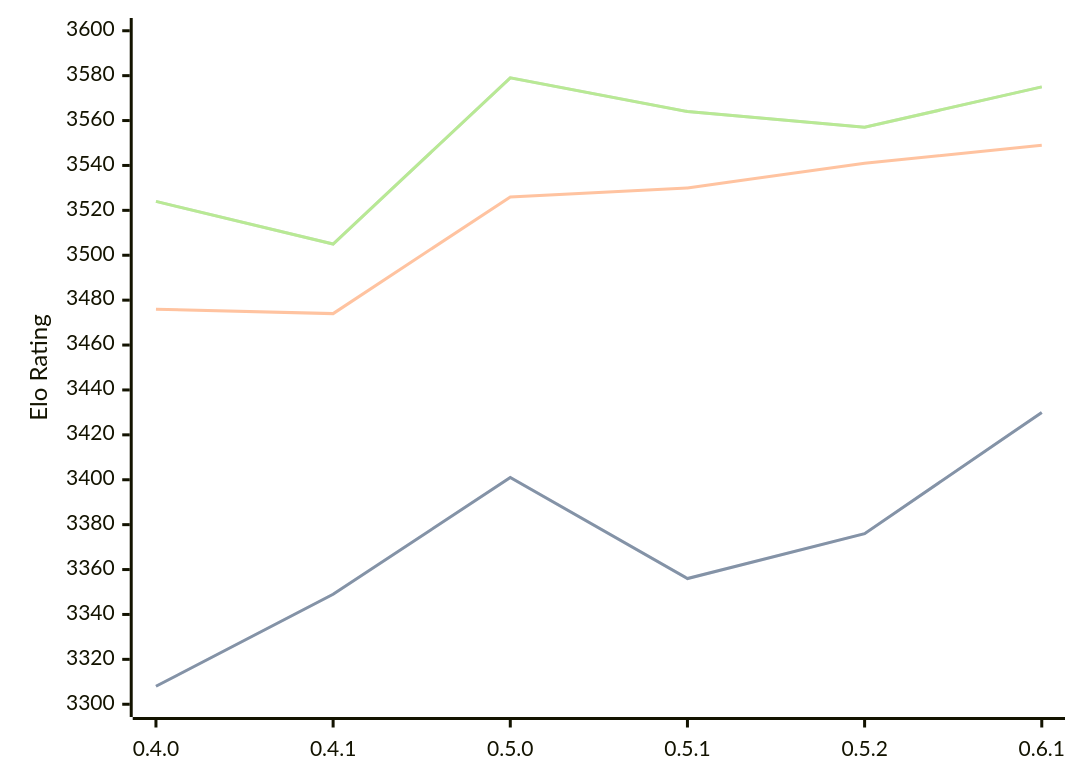
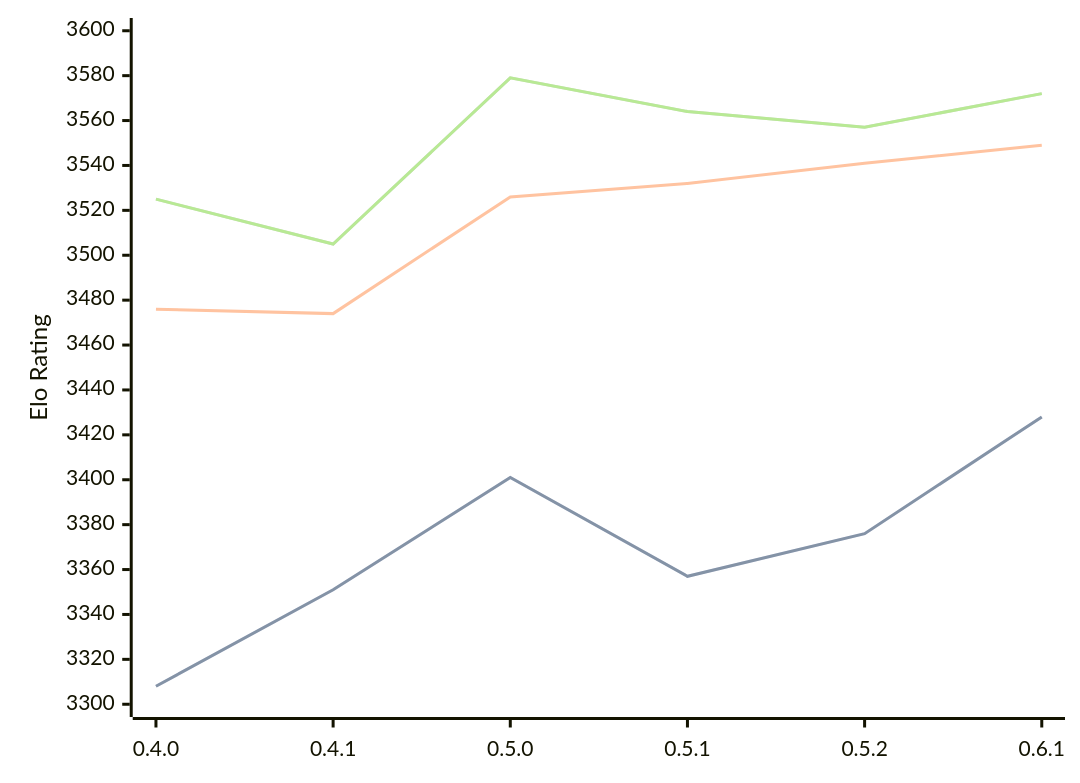
One commit to computer-chess-index/cci changed the diagram in engines/Cinder.md. Above: the diagram before and after it, drawn with Mermaid. The commit also changed other lines of this file, not shown here.

Commit message:
Update CCI Ratings (ELO VLTC) - 2026-08-23

````diff
--- a/engines/Cinder.md
+++ b/engines/Cinder.md
@@ -37,11 +37,11 @@
 ```mermaid
 %%{init: {"theme":"base","themeVariables":{"seriesColors:['#a3a3a3','#222221','#faa371']}}}%%
 xychart-beta
   x-axis ["0.4.0", "0.4.1", "0.5.0", "0.5.1", "0.5.2", "0.6.1"]
   y-axis "Elo Rating" 3300 --> 3600
-  line "STC (8.0+0.08s)" [3308, 3349, 3401, 3356, 3376, 3430]
-  line "STC (8.0+0.08s)" [3308, 3349, 3401, 3356, 3376, 3430]
-  line "LTC (60.0+0.60s)" [3476, 3474, 3526, 3530, 3541, 3549]
-  line "VLTC (2m24s+1.12s)" [3524, 3505, 3579, 3564, 3557, 3575]
-  line "VLTC (2m24s+1.12s)" [3524, 3505, 3579, 3564, 3557, 3575]
+  line "STC (8.0+0.08s)" [3308, 3351, 3401, 3357, 3376, 3428]
+  line "STC (8.0+0.08s)" [3308, 3351, 3401, 3357, 3376, 3428]
+  line "LTC (60.0+0.60s)" [3476, 3474, 3526, 3532, 3541, 3549]
+  line "VLTC (2m24s+1.12s)" [3525, 3505, 3579, 3564, 3557, 3572]
+  line "VLTC (2m24s+1.12s)" [3525, 3505, 3579, 3564, 3557, 3572]
 ```
````
